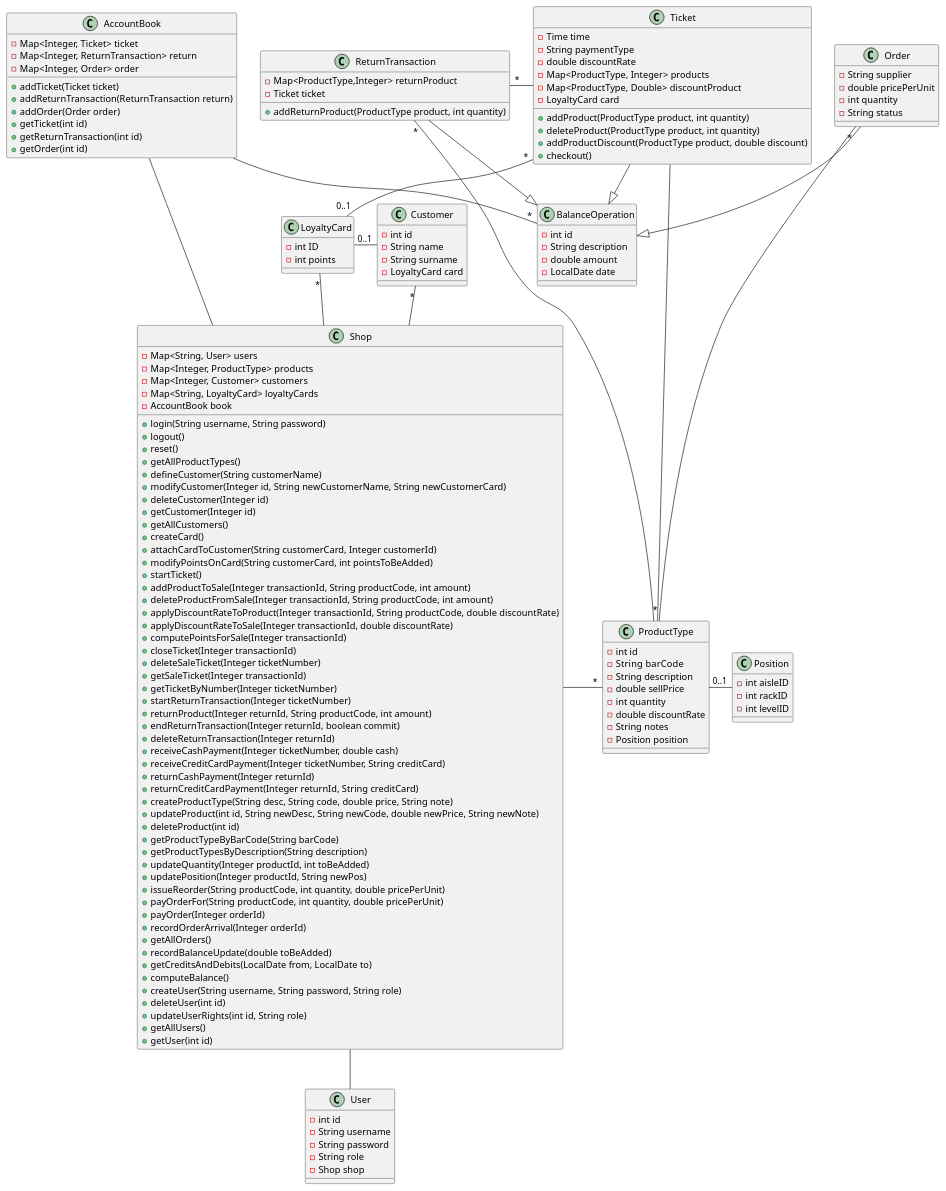
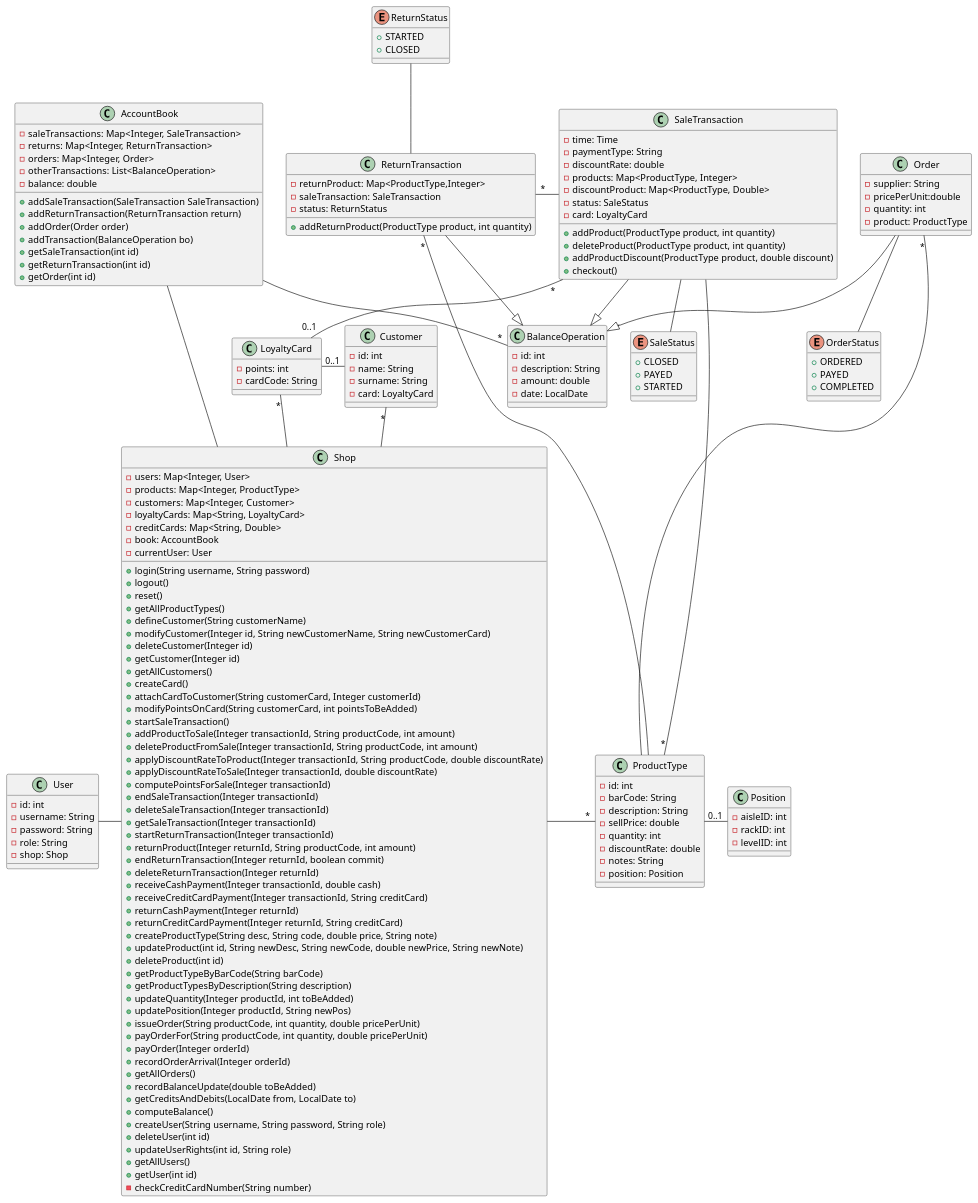
One commit to BMike10/EzShop changed the second of 2 diagrams in Deliverables/DesignDocument.md. Above: the diagram before and after it, drawn with PlantUML. The commit also changed other lines of this file and 1 other file, not shown here.

Commit message:
doc: modified DesignDocument

````diff
--- a/Deliverables/DesignDocument.md
+++ b/Deliverables/DesignDocument.md
@@ -47,16 +50,18 @@
 ```plantuml
 @startuml
 class Shop{
-    - Map<String, User> users
-    - Map<Integer, ProductType> products
-    - Map<Integer, Customer> customers
-    - Map<String, LoyaltyCard> loyaltyCards
-    - AccountBook book
+    - users: Map<Integer, User>
+    - products: Map<Integer, ProductType>
+    - customers: Map<Integer, Customer>
+    - loyaltyCards: Map<String, LoyaltyCard> 
+    - creditCards: Map<String, Double>
+    - book: AccountBook 
+    - currentUser: User 
     ' methods
     + login(String username, String password)
     + logout()
     + reset()
-       + getAllProductTypes()
+    + getAllProductTypes()
     + defineCustomer(String customerName)
     + modifyCustomer(Integer id, String newCustomerName, String newCustomerCard)
     + deleteCustomer(Integer id)
@@ -65,22 +70,22 @@
     + createCard()
     + attachCardToCustomer(String customerCard, Integer customerId)
     + modifyPointsOnCard(String customerCard, int pointsToBeAdded)
-    + startTicket()
+    + startSaleTransaction()
     + addProductToSale(Integer transactionId, String productCode, int amount)
     + deleteProductFromSale(Integer transactionId, String productCode, int amount)
     + applyDiscountRateToProduct(Integer transactionId, String productCode, double discountRate)
     + applyDiscountRateToSale(Integer transactionId, double discountRate)
     + computePointsForSale(Integer transactionId)
-    + closeTicket(Integer transactionId)
-    + deleteSaleTicket(Integer ticketNumber)
-    + getSaleTicket(Integer transactionId)
-    + getTicketByNumber(Integer ticketNumber)
-    + startReturnTransaction(Integer ticketNumber)
+    + endSaleTransaction(Integer transactionId)
+    + deleteSaleTransaction(Integer transactionId)
+    + getSaleTransaction(Integer transactionId)
+    ' + getSaleTransactionByNumber(Integer SaleTransactionNumber)
+    + startReturnTransaction(Integer transactionId)
     + returnProduct(Integer returnId, String productCode, int amount)
     + endReturnTransaction(Integer returnId, boolean commit)
     + deleteReturnTransaction(Integer returnId)
-    + receiveCashPayment(Integer ticketNumber, double cash)
-    + receiveCreditCardPayment(Integer ticketNumber, String creditCard) 
+    + receiveCashPayment(Integer transactionId, double cash)
+    + receiveCreditCardPayment(Integer transactionId, String creditCard) 
     + returnCashPayment(Integer returnId)
     + returnCreditCardPayment(Integer returnId, String creditCard)
     + createProductType(String desc, String code, double price, String note)
@@ -90,7 +95,7 @@
     + getProductTypesByDescription(String description)
     + updateQuantity(Integer productId, int toBeAdded)
     + updatePosition(Integer productId, String newPos)
-    + issueReorder(String productCode, int quantity, double pricePerUnit)
+    + issueOrder(String productCode, int quantity, double pricePerUnit)
     + payOrderFor(String productCode, int quantity, double pricePerUnit)
     + payOrder(Integer orderId)
     + recordOrderArrival(Integer orderId)
@@ -103,40 +108,43 @@
     + updateUserRights(int id, String role)
     + getAllUsers()
     + getUser(int id)
+    - checkCreditCardNumber(String number)
 }
 class User{
-    - int id
-    - String username
-    - String password
-    - String role
-    - Shop shop
+    - id: int 
+    - username: String 
+    - password: String 
+    - role: String 
+    - shop: Shop 
 }
 ' interface Role{
 ' }
 
-Shop -- User
+User - Shop
 
 
 class AccountBook { 
-    - Map<Integer, Ticket> ticket
-    - Map<Integer, ReturnTransaction> return
-    - Map<Integer, Order> order
+    - saleTransactions: Map<Integer, SaleTransaction> 
+    - returns: Map<Integer, ReturnTransaction> 
+    - orders: Map<Integer, Order> 
+    - otherTransactions: List<BalanceOperation>
+    - balance: double
     '  methods
-    + addTicket(Ticket ticket)
+    + addSaleTransaction(SaleTransaction SaleTransaction)
     + addReturnTransaction(ReturnTransaction return)
     + addOrder(Order order)
-    + getTicket(int id)
+    + addTransaction(BalanceOperation bo)
+    + getSaleTransaction(int id)
     + getReturnTransaction(int id)
     + getOrder(int id)
-    
 
 }
 AccountBook - Shop
 class BalanceOperation {
- - int id
- - String description
- - double amount
- - LocalDate date
+ - id: int
+ - description: String
+ - amount: double 
+ - date: LocalDate
 }
 AccountBook -- "*" BalanceOperation
 
@@ -149,88 +157,109 @@
 'class Sale
 'class Return
 Order --|> BalanceOperation
-Ticket --|> BalanceOperation
+SaleTransaction --|> BalanceOperation
 'Order --|> Debit
 'Sale --|> Credit
 'Return --|> Debit
 
 
 class ProductType{
-    - int id
-    - String  barCode
-    - String description
-    - double sellPrice
-    - int quantity
-    - double discountRate
-    - String notes
-    - Position position
+    - id: int 
+    - barCode: String 
+    - description: String 
+    - sellPrice: double 
+    - quantity: int 
+    - discountRate: double 
+    - notes: String 
+    - position: Position 
 }
 
 Shop - "*" ProductType
 
-class Ticket {
-    - Time time
-    - String paymentType
-    - double discountRate
-    - Map<ProductType, Integer> products
-    - Map<ProductType, Double> discountProduct
-    - LoyaltyCard card
+class SaleTransaction {
+    - time: Time 
+    - paymentType: String 
+    - discountRate: double 
+    - products: Map<ProductType, Integer> 
+    - discountProduct: Map<ProductType, Double> 
+    - status: SaleStatus
+    - card: LoyaltyCard 
     + addProduct(ProductType product, int quantity)
     + deleteProduct(ProductType product, int quantity)
     + addProductDiscount(ProductType product, double discount)
     + checkout() 
 
 }
-Ticket - "*" ProductType
+
+enum SaleStatus{
+    + CLOSED
+    + PAYED
+    + STARTED
+}
+SaleTransaction -- SaleStatus
+SaleTransaction - "*" ProductType
 
 
 class LoyaltyCard {
-    - int ID
-    - int points
+    ' - ID: int 
+    - points: int 
+    - cardCode: String 
 }
 
 class Customer {
-    - int id
-    - String name
-    - String surname
-    - LoyaltyCard card
+    - id: int
+    - name: String 
+    - surname: String 
+    - card: LoyaltyCard 
 }
 
 LoyaltyCard "0..1" - Customer
 
 LoyaltyCard "*"-- Shop
 Customer "*"-- Shop
-Ticket "*" -- "0..1" LoyaltyCard
+SaleTransaction "*" -- "0..1" LoyaltyCard
 
 
 
 class Position {
-    - int aisleID
-    - int rackID
-    - int levelID
+    -  aisleID: int
+    -  rackID: int
+    -  levelID: int
 }
 
 ProductType - "0..1" Position
 
 
 class Order {
-  - String supplier
-  - double pricePerUnit
-  - int quantity
-  - String status
+  -  supplier: String
+  -  pricePerUnit:double
+  -  quantity: int
+  - product: ProductType
+  ' - String status
 }
-
+enum OrderStatus{
+    ' + ISSUED
+    + ORDERED
+    + PAYED
+    + COMPLETED
+}
+Order -- OrderStatus
 Order "*" - ProductType
 
 class ReturnTransaction {
-  -Map<ProductType,Integer> returnProduct
-  -Ticket ticket
+  - returnProduct: Map<ProductType,Integer>
+  - saleTransaction: SaleTransaction
+  - status: ReturnStatus
   + addReturnProduct(ProductType product, int quantity)
 
 }
-
+enum ReturnStatus{
+    + STARTED
+    + CLOSED
+}
+ReturnStatus -- ReturnTransaction
 ReturnTransaction --|> BalanceOperation
-ReturnTransaction "*" - Ticket
+ReturnTransaction "*" - SaleTransaction
 ReturnTransaction "*" - ProductType
 
 @enduml
````
